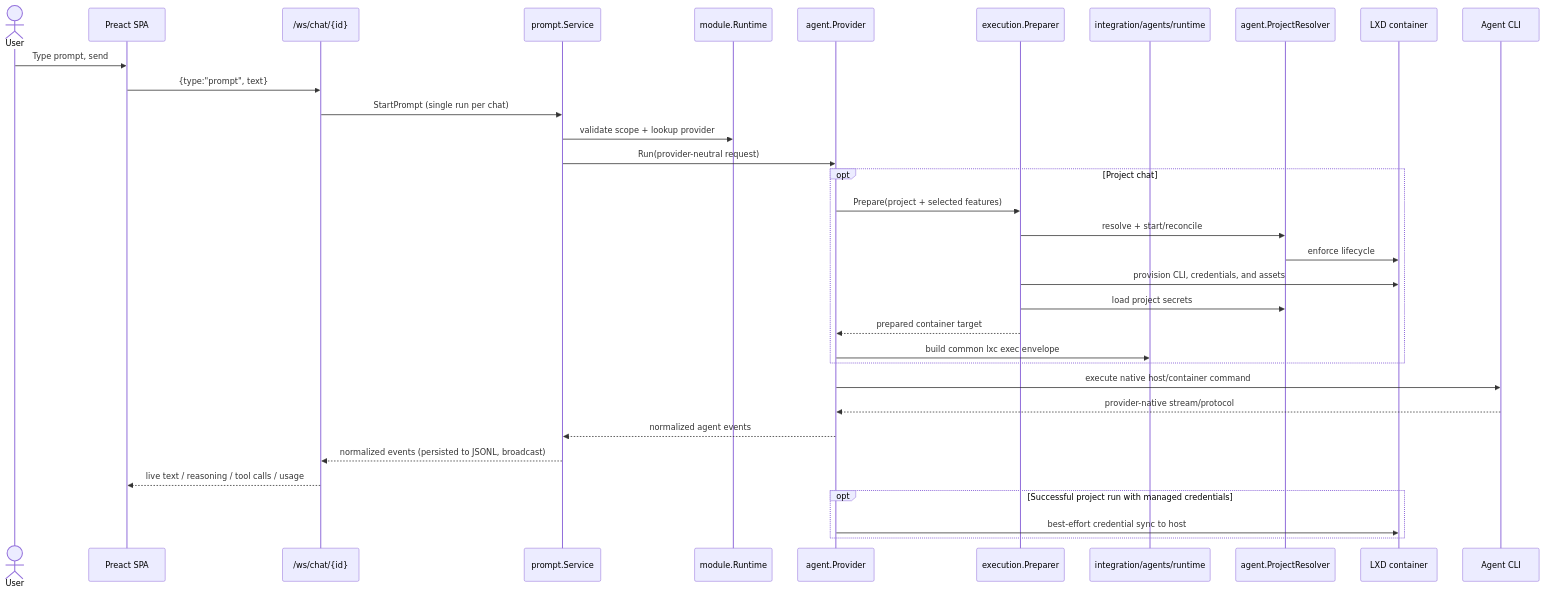
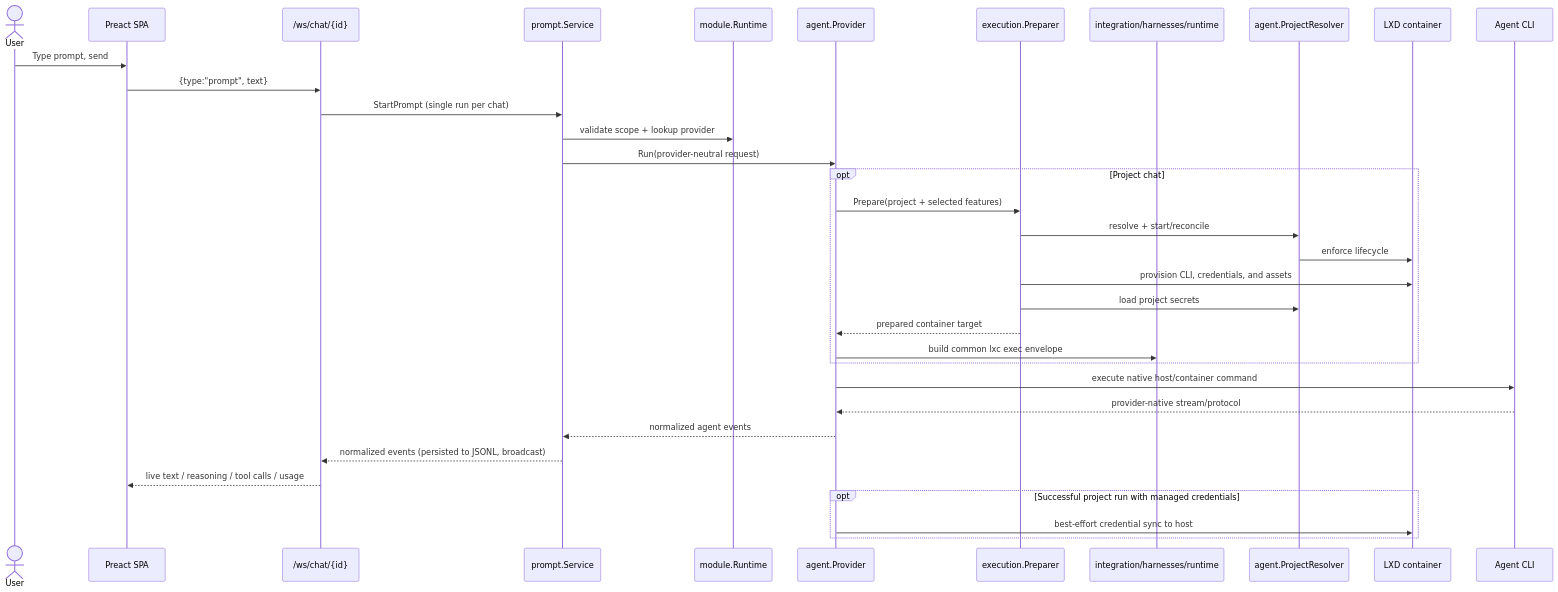
One commit to futrx-com/remote.futrx changed the second of 2 diagrams in ARCHITECTURE.md. Above: the diagram before and after it, drawn with Mermaid. The commit also changed other lines of this file and 166 other files, not shown here.

First line of the commit message:
refactor(harness): rename integration/agents to integration/harnesses

````diff
--- a/ARCHITECTURE.md
+++ b/ARCHITECTURE.md
@@ -144,37 +144,37 @@
 ```mermaid
 sequenceDiagram
     actor User
     participant SPA as Preact SPA
     participant WS as /ws/chat/{id}
     participant Prompt as prompt.Service
     participant Runtime as module.Runtime
     participant Provider as agent.Provider
     participant Prep as execution.Preparer
-    participant Cmd as integration/agents/runtime
+    participant Cmd as integration/harnesses/runtime
     participant Projects as agent.ProjectResolver
     participant LXD as LXD container
     participant CLI as Agent CLI
 
     User->>SPA: Type prompt, send
     SPA->>WS: {type:"prompt", text}
     WS->>Prompt: StartPrompt (single run per chat)
     Prompt->>Runtime: validate scope + lookup provider
     Prompt->>Provider: Run(provider-neutral request)
     opt Project chat
         Provider->>Prep: Prepare(project + selected features)
         Prep->>Projects: resolve + start/reconcile
         Projects->>LXD: enforce lifecycle
         Prep->>LXD: provision CLI, credentials, and assets
         Prep->>Projects: load project secrets
         Prep-->>Provider: prepared container target
         Provider->>Cmd: build common lxc exec envelope
     end
     Provider->>CLI: execute native host/container command
     CLI-->>Provider: provider-native stream/protocol
     Provider-->>Prompt: normalized agent events
     Prompt-->>WS: normalized events (persisted to JSONL, broadcast)
     WS-->>SPA: live text / reasoning / tool calls / usage
     opt Successful project run with managed credentials
         Provider->>LXD: best-effort credential sync to host
     end
 ```
````
